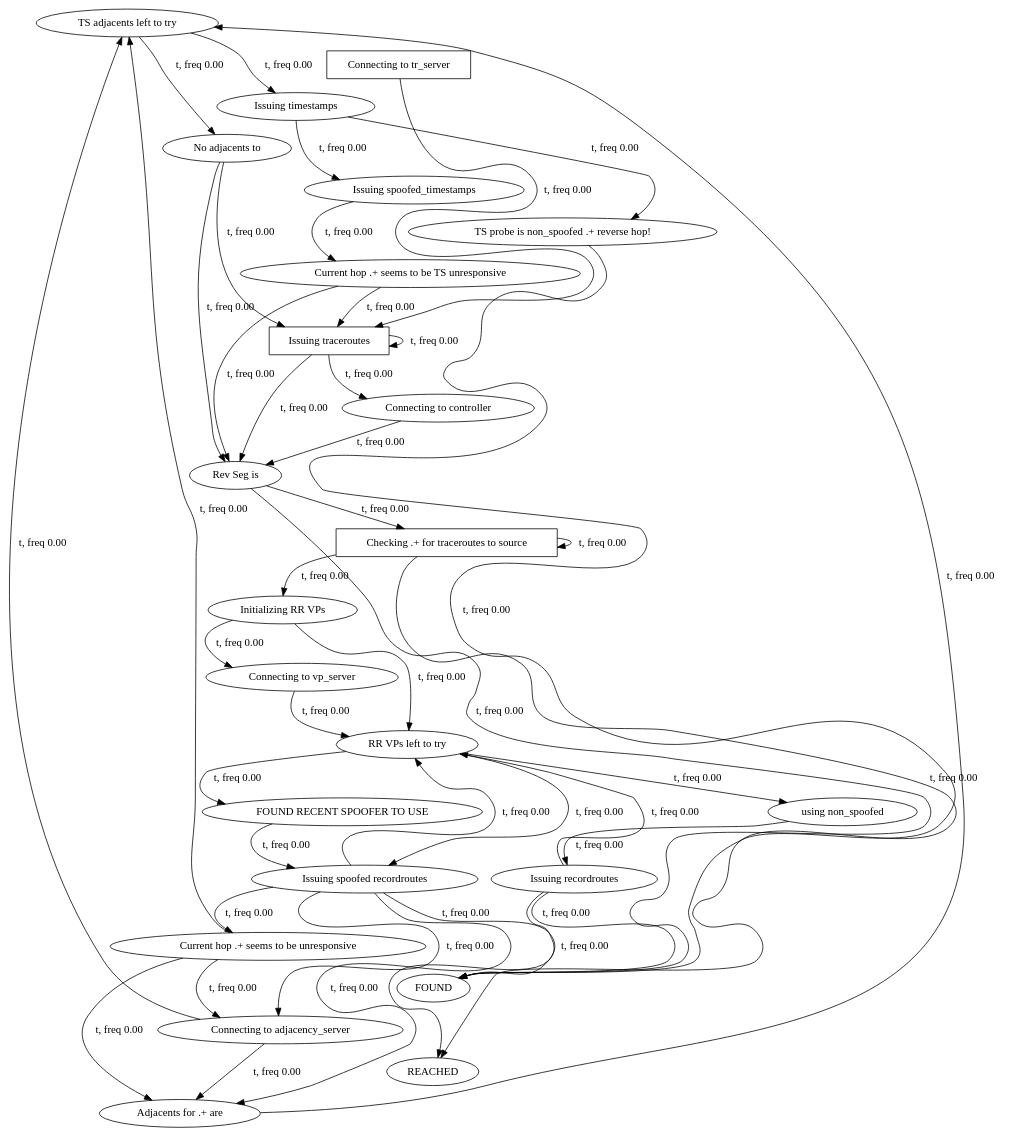
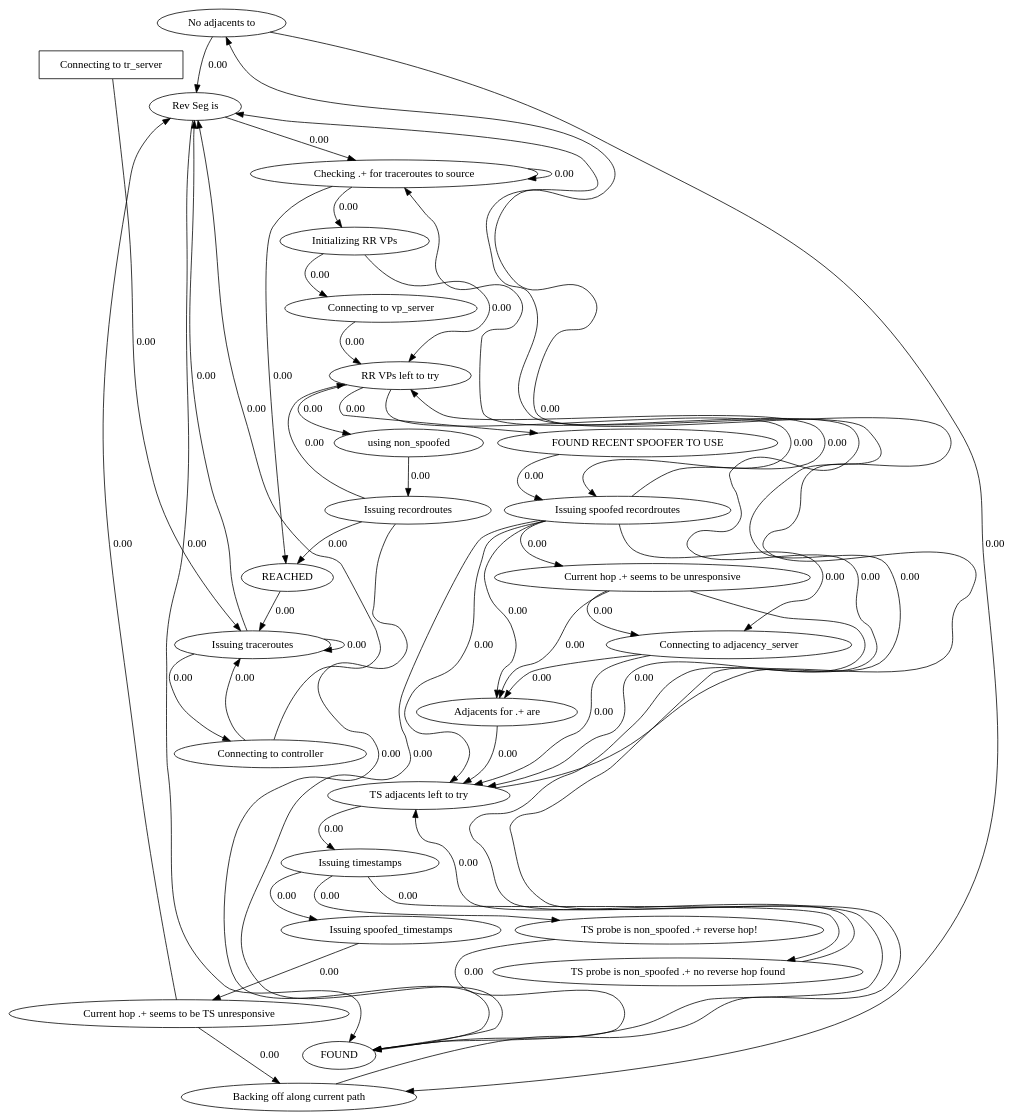
The diagram in output/reverseTraceroute/input.dot (ModelInference/synoptic), drawn with Graphviz before and after one commit. The commit also changed 11 other files, not shown here.

```diff
--- a/output/reverseTraceroute/input.dot
+++ b/output/reverseTraceroute/input.dot
@@ -1,67 +1,76 @@
 digraph {
-  15202027 [label="TS adjacents left to try"];
-15202027->12919296 [label="t, freq 0.00", weight=0.0];
-15202027->10183200 [label="t, freq 0.00", weight=0.0];
-  25537913 [label="Connecting to vp_server"];
-25537913->21450309 [label="t, freq 0.00", weight=0.0];
-  30149247 [label="Connecting to tr_server",shape=box];
-30149247->6530849 [label="t, freq 0.00", weight=0.0];
-  610720 [label="Issuing spoofed_timestamps"];
-610720->749304 [label="t, freq 0.00", weight=0.0];
-  10656878 [label="Connecting to adjacency_server"];
-10656878->30284778 [label="t, freq 0.00", weight=0.0];
-10656878->15202027 [label="t, freq 0.00", weight=0.0];
-  24854782 [label="FOUND RECENT SPOOFER TO USE"];
-24854782->7446303 [label="t, freq 0.00", weight=0.0];
-  12919296 [label="No adjacents to"];
-12919296->6530849 [label="t, freq 0.00", weight=0.0];
-12919296->31056583 [label="t, freq 0.00", weight=0.0];
-  17365216 [label="Current hop .+ seems to be unresponsive"];
-17365216->30284778 [label="t, freq 0.00", weight=0.0];
-17365216->10656878 [label="t, freq 0.00", weight=0.0];
-17365216->15202027 [label="t, freq 0.00", weight=0.0];
-  30284778 [label="Adjacents for .+ are"];
-30284778->15202027 [label="t, freq 0.00", weight=0.0];
-  2326550 [label="Issuing recordroutes"];
-2326550->21450309 [label="t, freq 0.00", weight=0.0];
-2326550->25670279 [label="t, freq 0.00", weight=0.0];
-2326550->3829340 [label="t, freq 0.00", weight=0.0];
-  17030800 [label="Connecting to controller"];
-17030800->31056583 [label="t, freq 0.00", weight=0.0];
-  6530849 [label="Issuing traceroutes",shape=box];
-6530849->31056583 [label="t, freq 0.00", weight=0.0];
-6530849->17030800 [label="t, freq 0.00", weight=0.0];
-6530849->6530849 [label="t, freq 0.00", weight=0.0];
-  31056583 [label="Rev Seg is"];
-31056583->20978984 [label="t, freq 0.00", weight=0.0];
-31056583->25670279 [label="t, freq 0.00", weight=0.0];
-  10183200 [label="Issuing timestamps"];
-10183200->610720 [label="t, freq 0.00", weight=0.0];
-10183200->3885854 [label="t, freq 0.00", weight=0.0];
-  7446303 [label="Issuing spoofed recordroutes"];
-7446303->25670279 [label="t, freq 0.00", weight=0.0];
-7446303->21450309 [label="t, freq 0.00", weight=0.0];
-7446303->10656878 [label="t, freq 0.00", weight=0.0];
-7446303->17365216 [label="t, freq 0.00", weight=0.0];
-7446303->30284778 [label="t, freq 0.00", weight=0.0];
-  3885854 [label="TS probe is non_spoofed .+ reverse hop!"];
-3885854->25670279 [label="t, freq 0.00", weight=0.0];
-  21450309 [label="RR VPs left to try"];
-21450309->28814882 [label="t, freq 0.00", weight=0.0];
-21450309->7446303 [label="t, freq 0.00", weight=0.0];
-21450309->24854782 [label="t, freq 0.00", weight=0.0];
-  749304 [label="Current hop .+ seems to be TS unresponsive"];
-749304->31056583 [label="t, freq 0.00", weight=0.0];
-749304->6530849 [label="t, freq 0.00", weight=0.0];
-  11421254 [label="Initializing RR VPs"];
-11421254->21450309 [label="t, freq 0.00", weight=0.0];
-11421254->25537913 [label="t, freq 0.00", weight=0.0];
-  20978984 [label="Checking .+ for traceroutes to source",shape=box];
-20978984->11421254 [label="t, freq 0.00", weight=0.0];
-20978984->3829340 [label="t, freq 0.00", weight=0.0];
-20978984->20978984 [label="t, freq 0.00", weight=0.0];
-  3829340 [label="REACHED"];
-  28814882 [label="using non_spoofed"];
-28814882->2326550 [label="t, freq 0.00", weight=0.0];
-  25670279 [label="FOUND"];
+  3880791 [label="No adjacents to"];
+3880791->10623141 [label="0.00", weight="0.00"];
+3880791->14536088 [label="0.00", weight="0.00"];
+  10623141 [label="Rev Seg is"];
+10623141->2314373 [label="0.00", weight="0.00"];
+10623141->81368 [label="0.00", weight="0.00"];
+  5854240 [label="FOUND RECENT SPOOFER TO USE"];
+5854240->31266642 [label="0.00", weight="0.00"];
+  25383887 [label="using non_spoofed"];
+25383887->8082967 [label="0.00", weight="0.00"];
+  411133 [label="Current hop .+ seems to be unresponsive"];
+411133->15956578 [label="0.00", weight="0.00"];
+411133->9171948 [label="0.00", weight="0.00"];
+411133->15587806 [label="0.00", weight="0.00"];
+  24815969 [label="Connecting to tr_server",shape=box];
+24815969->22089110 [label="0.00", weight="0.00"];
+  14536088 [label="Backing off along current path"];
+14536088->10623141 [label="0.00", weight="0.00"];
+  15587806 [label="TS adjacents left to try"];
+15587806->3880791 [label="0.00", weight="0.00"];
+15587806->11373492 [label="0.00", weight="0.00"];
+  31768270 [label="Issuing spoofed_timestamps"];
+31768270->4435274 [label="0.00", weight="0.00"];
+  9171948 [label="Connecting to adjacency_server"];
+9171948->15956578 [label="0.00", weight="0.00"];
+9171948->15587806 [label="0.00", weight="0.00"];
+  19256680 [label="TS probe is non_spoofed .+ reverse hop!"];
+19256680->81368 [label="0.00", weight="0.00"];
+  8082967 [label="Issuing recordroutes"];
+8082967->28243864 [label="0.00", weight="0.00"];
+8082967->12116 [label="0.00", weight="0.00"];
+8082967->81368 [label="0.00", weight="0.00"];
+  11202659 [label="TS probe is non_spoofed .+ no reverse hop found"];
+11202659->15587806 [label="0.00", weight="0.00"];
+  28243864 [label="RR VPs left to try"];
+28243864->31266642 [label="0.00", weight="0.00"];
+28243864->25383887 [label="0.00", weight="0.00"];
+28243864->5854240 [label="0.00", weight="0.00"];
+  31266642 [label="Issuing spoofed recordroutes"];
+31266642->28243864 [label="0.00", weight="0.00"];
+31266642->81368 [label="0.00", weight="0.00"];
+31266642->411133 [label="0.00", weight="0.00"];
+31266642->9171948 [label="0.00", weight="0.00"];
+31266642->15587806 [label="0.00", weight="0.00"];
+31266642->15956578 [label="0.00", weight="0.00"];
+  15956578 [label="Adjacents for .+ are"];
+15956578->15587806 [label="0.00", weight="0.00"];
+  22089110 [label="Issuing traceroutes"];
+22089110->10623141 [label="0.00", weight="0.00"];
+22089110->22089110 [label="0.00", weight="0.00"];
+22089110->14085672 [label="0.00", weight="0.00"];
+  81368 [label="FOUND"];
+81368->2314373 [label="0.00", weight="0.00"];
+  5439183 [label="Initializing RR VPs"];
+5439183->28243864 [label="0.00", weight="0.00"];
+5439183->15199945 [label="0.00", weight="0.00"];
+  4435274 [label="Current hop .+ seems to be TS unresponsive"];
+4435274->10623141 [label="0.00", weight="0.00"];
+4435274->14536088 [label="0.00", weight="0.00"];
+  11373492 [label="Issuing timestamps"];
+11373492->31768270 [label="0.00", weight="0.00"];
+11373492->11202659 [label="0.00", weight="0.00"];
+11373492->19256680 [label="0.00", weight="0.00"];
+  15199945 [label="Connecting to vp_server"];
+15199945->28243864 [label="0.00", weight="0.00"];
+  14085672 [label="Connecting to controller"];
+14085672->10623141 [label="0.00", weight="0.00"];
+14085672->22089110 [label="0.00", weight="0.00"];
+  2314373 [label="Checking .+ for traceroutes to source"];
+2314373->5439183 [label="0.00", weight="0.00"];
+2314373->2314373 [label="0.00", weight="0.00"];
+2314373->12116 [label="0.00", weight="0.00"];
+  12116 [label="REACHED"];
+12116->22089110 [label="0.00", weight="0.00"];
 } // digraph
```
